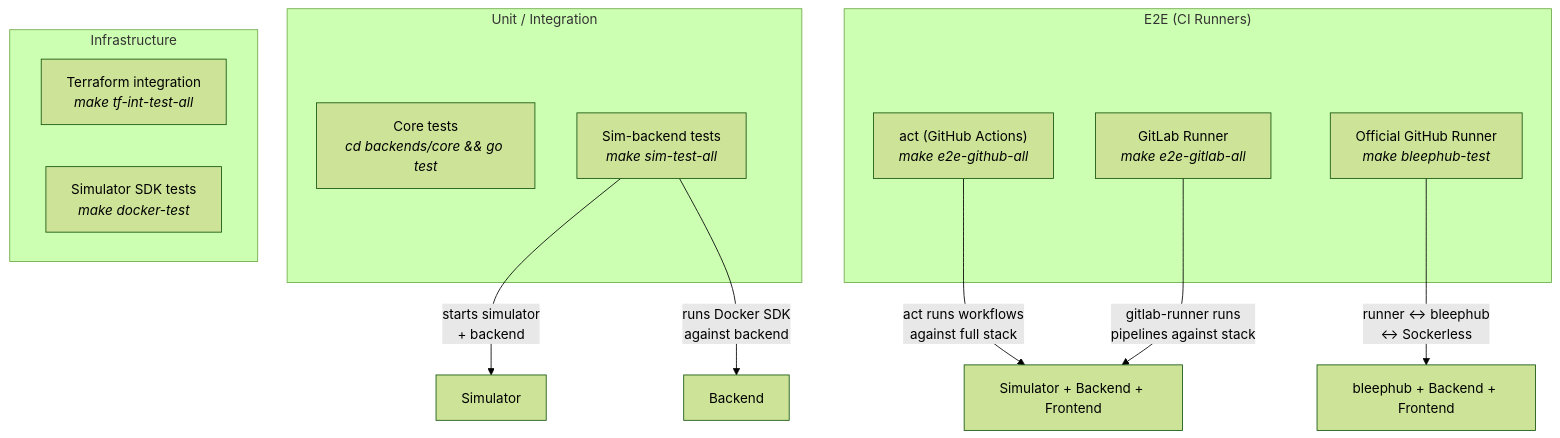
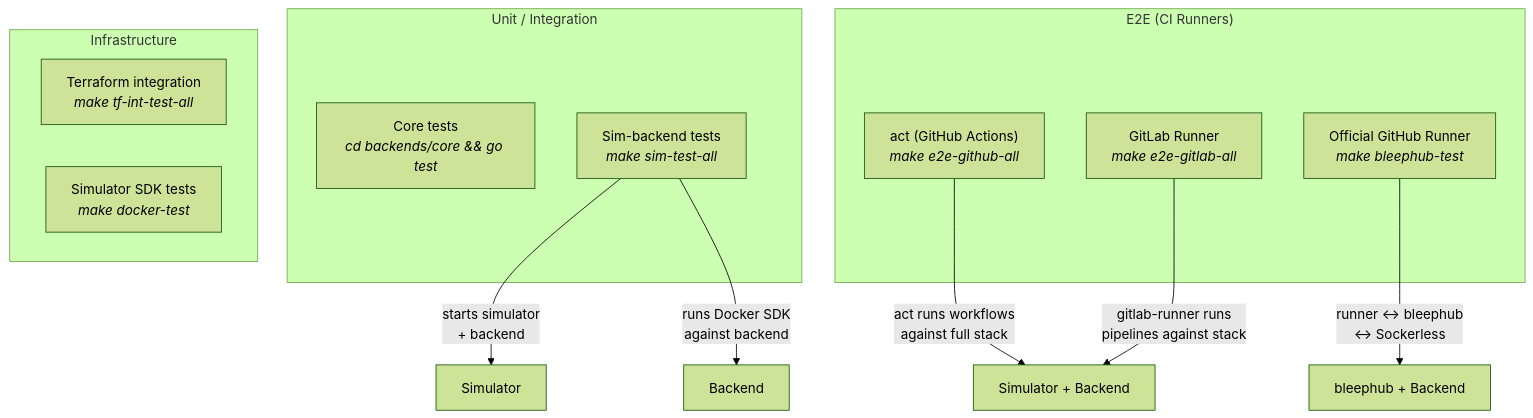
One commit to e6qu/sockerless changed diagram 19 of 19 in ARCHITECTURE.md. Above: the diagram before and after it, drawn with Mermaid (forest theme). The commit also changed other lines of this file and 93 other files, not shown here.

````diff
--- a/ARCHITECTURE.md
+++ b/ARCHITECTURE.md
@@ -465,24 +589,24 @@
 ```mermaid
 graph TB
     subgraph "Unit / Integration"
         IT["Core tests<br/><i>cd backends/core && go test</i>"]
         ST["Sim-backend tests<br/><i>make sim-test-all</i>"]
     end
 
     subgraph "E2E (CI Runners)"
         GH["act (GitHub Actions)<br/><i>make e2e-github-all</i>"]
         GL["GitLab Runner<br/><i>make e2e-gitlab-all</i>"]
         BPH["Official GitHub Runner<br/><i>make bleephub-test</i>"]
     end
 
     subgraph "Infrastructure"
         TF["Terraform integration<br/><i>make tf-int-test-all</i>"]
         SDK3["Simulator SDK tests<br/><i>make docker-test</i>"]
     end
 
     ST -->|"starts simulator<br/>+ backend"| SIM3["Simulator"]
     ST -->|"runs Docker SDK<br/>against backend"| BE3["Backend"]
-    GH -->|"act runs workflows<br/>against full stack"| STACK["Simulator + Backend + Frontend"]
+    GH -->|"act runs workflows<br/>against full stack"| STACK["Simulator + Backend"]
     GL -->|"gitlab-runner runs<br/>pipelines against stack"| STACK
-    BPH -->|"runner ↔ bleephub<br/>↔ Sockerless"| BSTACK["bleephub + Backend + Frontend"]
+    BPH -->|"runner ↔ bleephub<br/>↔ Sockerless"| BSTACK["bleephub + Backend"]
 ```
````
